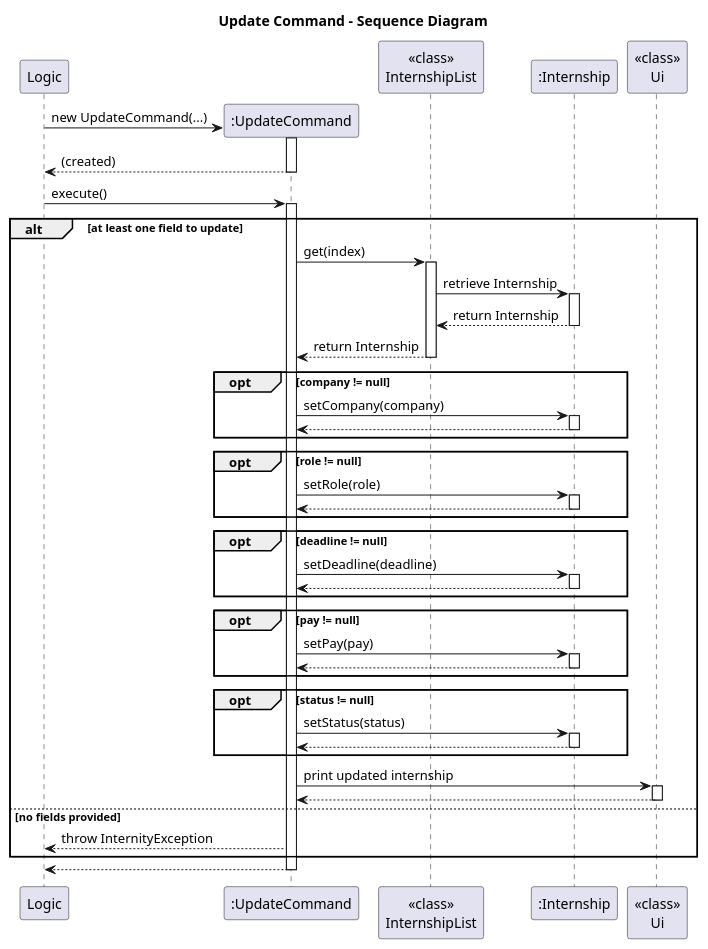
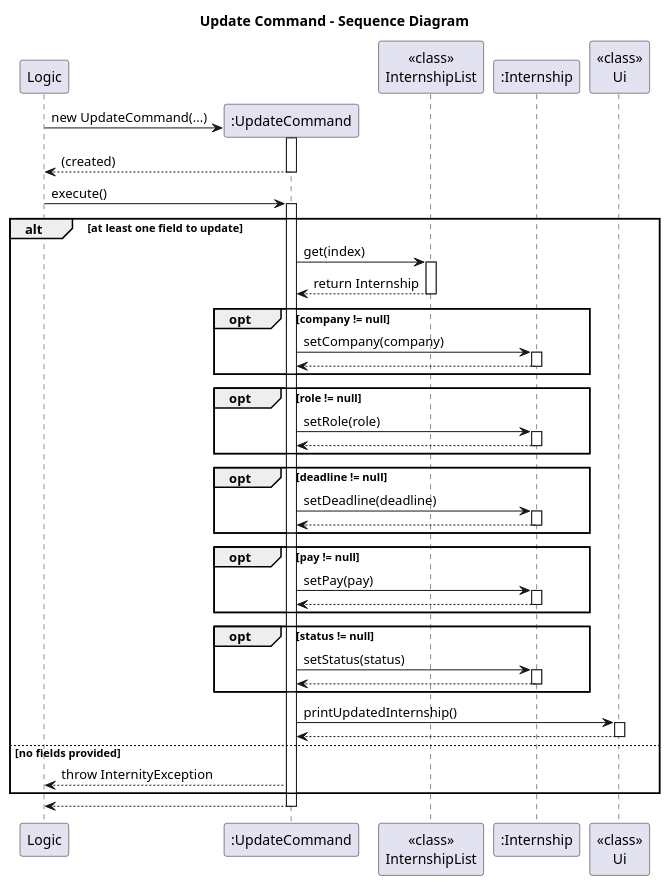
One commit to AY2526S1-CS2113-W14-4/tp changed the diagram in docs/diagrams/UpdateCommandSD.puml. Above: the diagram before and after it, drawn with PlantUML. The commit also changed 9 other files, not shown here.

Commit message:
Update diagrams

```diff
--- a/docs/diagrams/UpdateCommandSD.puml
+++ b/docs/diagrams/UpdateCommandSD.puml
@@ -1,73 +1,69 @@
 @startuml
 title Update Command - Sequence Diagram
 
 participant Logic
 create ":UpdateCommand" as UC
 participant "<<class>>\nInternshipList" as IL
 participant ":Internship" as IN
 participant "<<class>>\nUi" as Ui
 
 Logic -> UC**: new UpdateCommand(...)
 activate UC
 return (created)
 
 Logic -> UC: execute()
 activate UC
 
 alt at least one field to update
     UC -> IL: get(index)
     activate IL
-    IL -> IN: retrieve Internship
-    activate IN
-    return return Internship
-    deactivate IN
     IL --> UC : return Internship
     deactivate IL
 
     opt company != null
         UC -> IN: setCompany(company)
         activate IN
         IN --> UC
         deactivate IN
     end
 
     opt role != null
         UC -> IN: setRole(role)
         activate IN
         IN --> UC
         deactivate IN
     end
 
     opt deadline != null
         UC -> IN: setDeadline(deadline)
         activate IN
         IN --> UC
         deactivate IN
     end
 
     opt pay != null
         UC -> IN: setPay(pay)
         activate IN
         IN --> UC
         deactivate IN
     end
 
     opt status != null
         UC -> IN: setStatus(status)
         activate IN
         IN --> UC
         deactivate IN
     end
 
-    UC -> Ui: print updated internship
+    UC -> Ui: printUpdatedInternship()
     activate Ui
     Ui --> UC
     deactivate Ui
 
 else no fields provided
     UC --> Logic: throw InternityException
 end
 
 UC --> Logic
 deactivate UC
 @enduml
```
